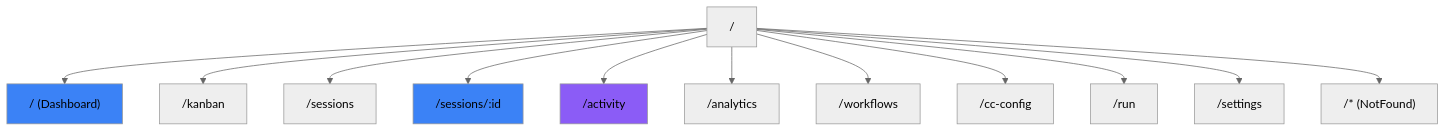
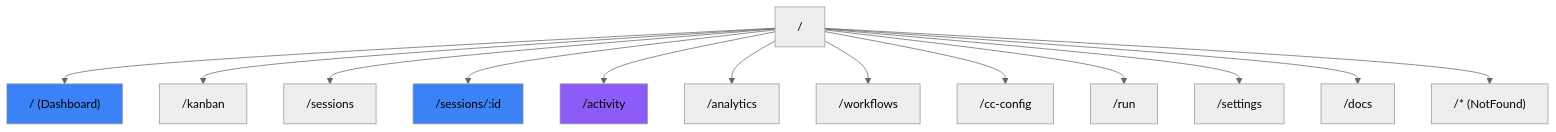
Before and after one commit to CorentinPa/Claude-Code-Agent-Monitor: the eighth of 19 diagrams in client/README.md, drawn with Mermaid (neutral theme). The commit also changed other lines of this file and 47 other files, not shown here.

````diff
--- a/client/README.md
+++ b/client/README.md
@@ -493,21 +495,22 @@
 ```mermaid
 graph TB
     Root["/"]
     Dashboard["/ (Dashboard)"]
     Kanban["/kanban"]
     Sessions["/sessions"]
     Detail["/sessions/:id"]
     Feed["/activity"]
     Analytics["/analytics"]
     Workflows["/workflows"]
     CcConfig["/cc-config"]
     Run["/run"]
     Settings["/settings"]
+    Docs["/docs"]
     NF["/* (NotFound)"]
 
-    Root --> Dashboard & Kanban & Sessions & Detail & Feed & Analytics & Workflows & CcConfig & Run & Settings & NF
+    Root --> Dashboard & Kanban & Sessions & Detail & Feed & Analytics & Workflows & CcConfig & Run & Settings & Docs & NF
 
     style Dashboard fill:#3B82F6
     style Detail fill:#3B82F6
     style Feed fill:#8B5CF6
 ```
````
